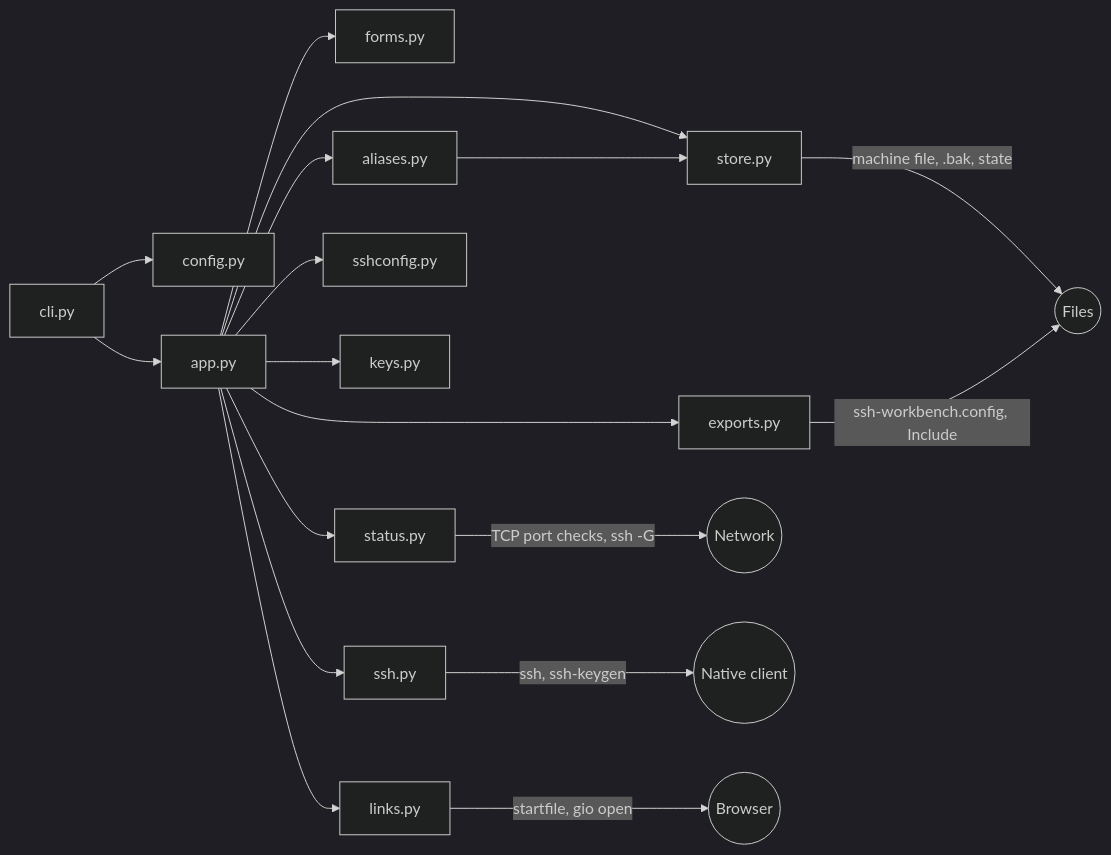
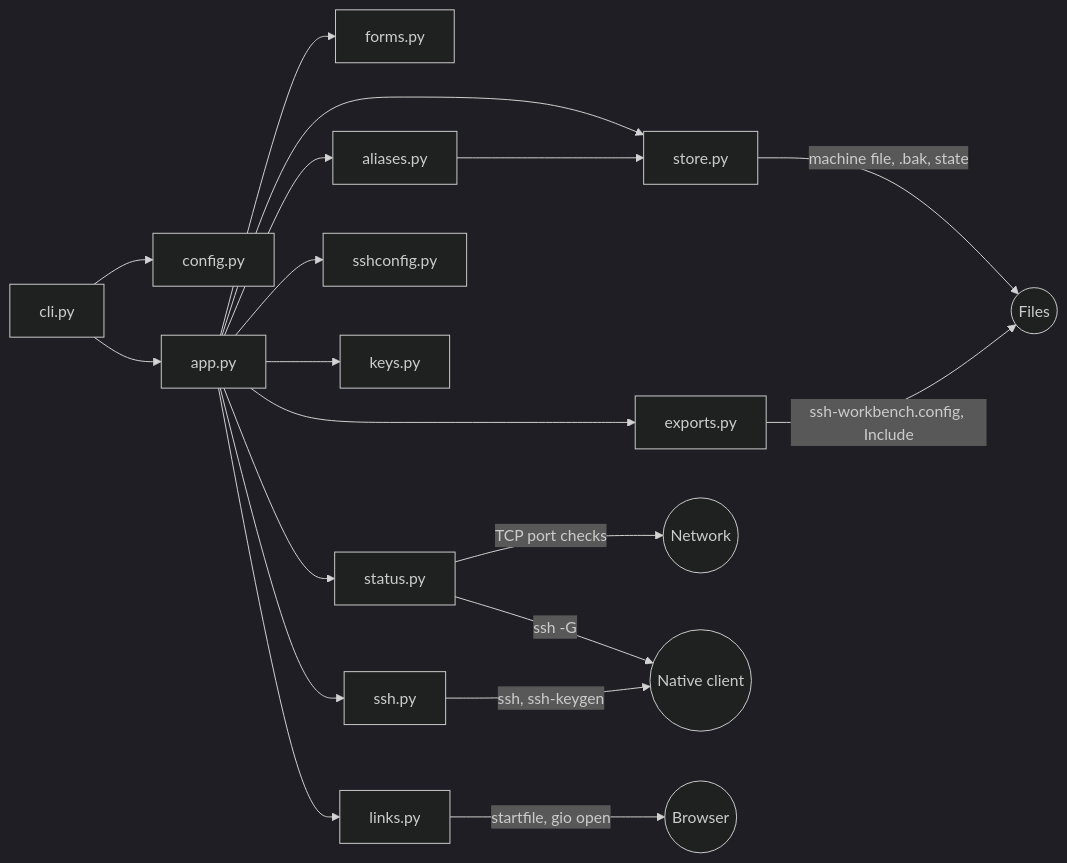
The diagram in docs/architecture.md (jkosber/ssh-workbench), drawn with Mermaid (dark theme) before and after one commit. The commit also changed other lines of this file and 7 other files, not shown here.

````diff
--- a/docs/architecture.md
+++ b/docs/architecture.md
@@ -31,20 +33,21 @@
 ```mermaid
 flowchart LR
     cli[cli.py] --> config[config.py]
     cli --> app[app.py]
     app --> forms[forms.py]
     app --> status[status.py]
     app --> aliases[aliases.py]
     app --> sshconfig[sshconfig.py]
     app --> keys[keys.py]
     app --> exports[exports.py]
     app --> ssh[ssh.py]
     app --> links[links.py]
     app --> store[store.py]
     aliases --> store
-    status -- "TCP port checks, ssh -G" --> net((Network))
-    ssh -- "ssh, ssh-keygen" --> proc((Native client))
+    status -- "TCP port checks" --> net((Network))
+    status -- "ssh -G" --> proc((Native client))
+    ssh -- "ssh, ssh-keygen" --> proc
     links -- "startfile, gio open" --> browser((Browser))
     store -- "machine file, .bak, state" --> files((Files))
     exports -- "ssh-workbench.config, Include" --> files
 ```
````
